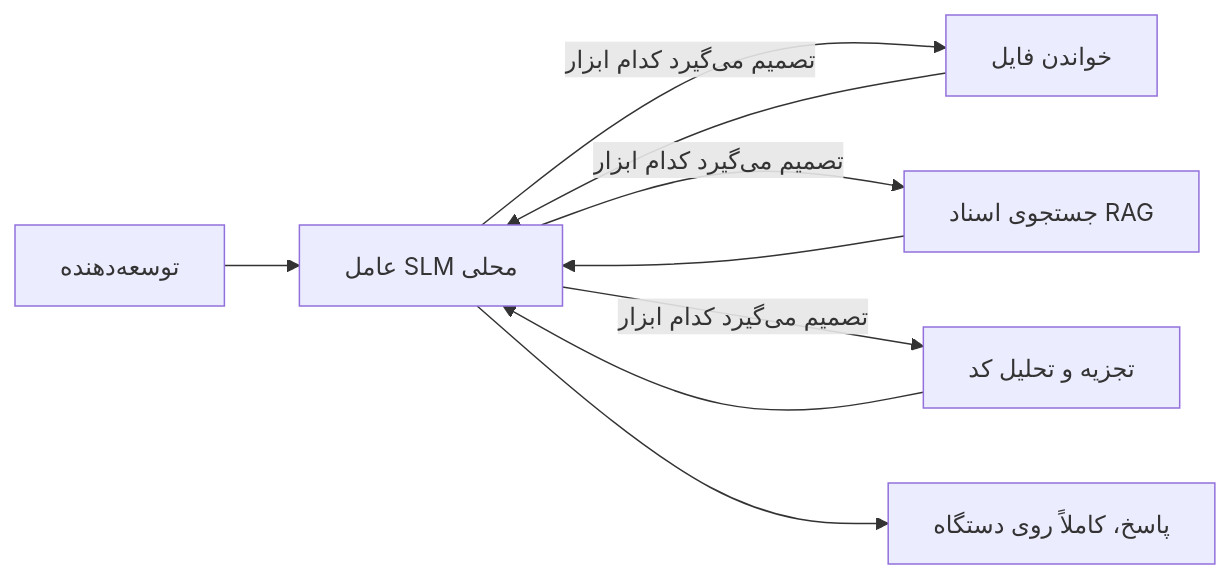
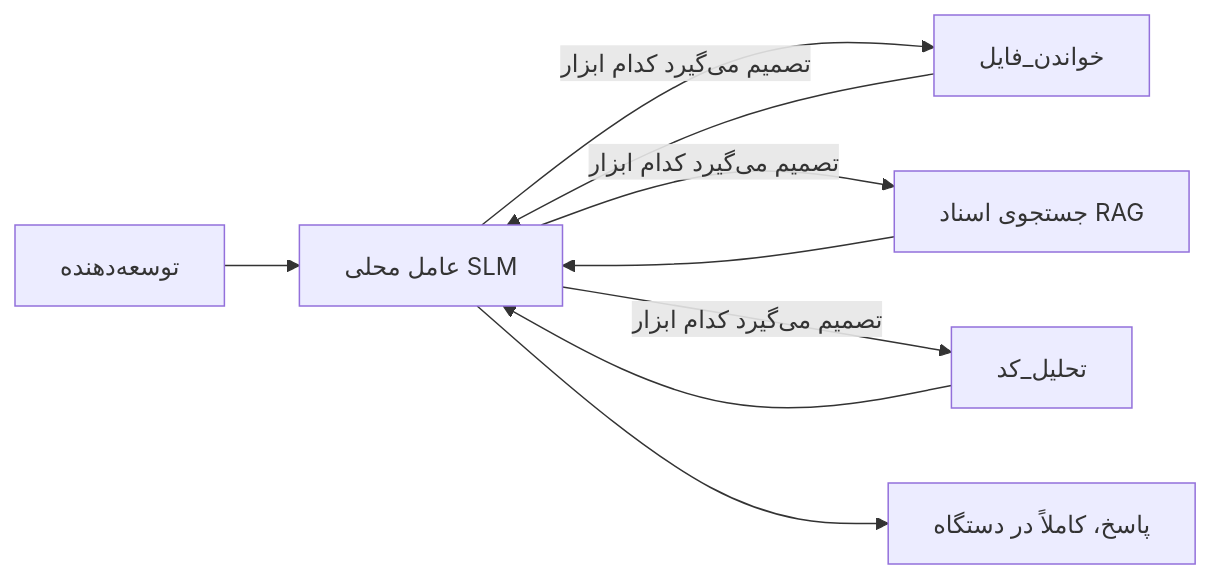
The first of 4 diagrams in mirrors/repos/microsoft@ai-agents-for-beginners/translations/fa/17-creating-local-ai-agents/README.md (gabrielmoreira/agent-skills-mirror), drawn with Mermaid before and after one commit. The commit also changed other lines of this file and 4262 other files, not shown here.

````diff
--- a/mirrors/repos/microsoft@ai-agents-for-beginners/translations/fa/17-creating-local-ai-agents/README.md
+++ b/mirrors/repos/microsoft@ai-agents-for-beginners/translations/fa/17-creating-local-ai-agents/README.md
@@ -66,11 +66,11 @@
 ```mermaid
 flowchart LR
-    U[توسعه‌دهنده] --> A[عامل SLM محلی]
-    A -->|تصمیم می‌گیرد کدام ابزار| T1[خواندن فایل]
+    U[توسعه‌دهنده] --> A[عامل محلی SLM]
+    A -->|تصمیم می‌گیرد کدام ابزار| T1[خواندن_فایل]
     A -->|تصمیم می‌گیرد کدام ابزار| T2[جستجوی اسناد RAG]
-    A -->|تصمیم می‌گیرد کدام ابزار| T3[تجزیه و تحلیل کد]
+    A -->|تصمیم می‌گیرد کدام ابزار| T3[تحلیل_کد]
     T1 --> A
     T2 --> A
     T3 --> A
-    A --> R[پاسخ، کاملاً روی دستگاه]
+    A --> R[پاسخ، کاملاً در دستگاه]
 ```
````
